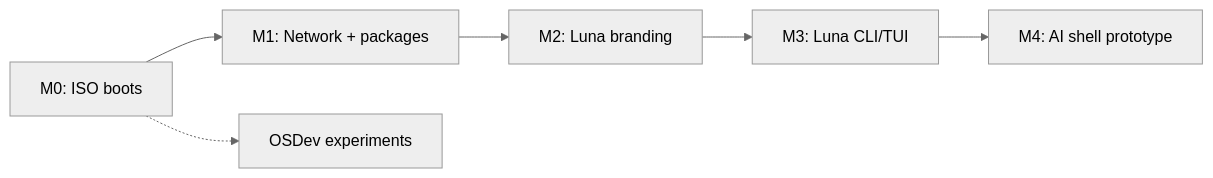
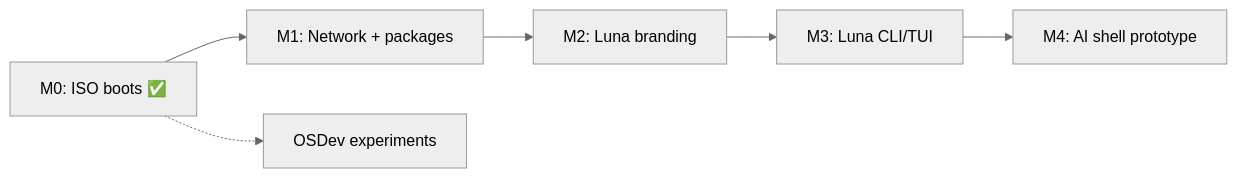
Before and after one commit to c1cada3301-web/Luna: the diagram in docs/roadmap.md, drawn with Mermaid (neutral theme). The commit also changed other lines of this file and 2646 other files, not shown here.

````diff
--- a/docs/roadmap.md
+++ b/docs/roadmap.md
@@ -89,8 +90,8 @@
 ```mermaid
 flowchart LR
-    M0[M0: ISO boots] --> M1[M1: Network + packages]
+    M0[M0: ISO boots ✅] --> M1[M1: Network + packages]
     M1 --> M2[M2: Luna branding]
     M2 --> M3[M3: Luna CLI/TUI]
     M3 --> M4[M4: AI shell prototype]
     M0 -.-> OSDev[OSDev experiments]
 ```
````
